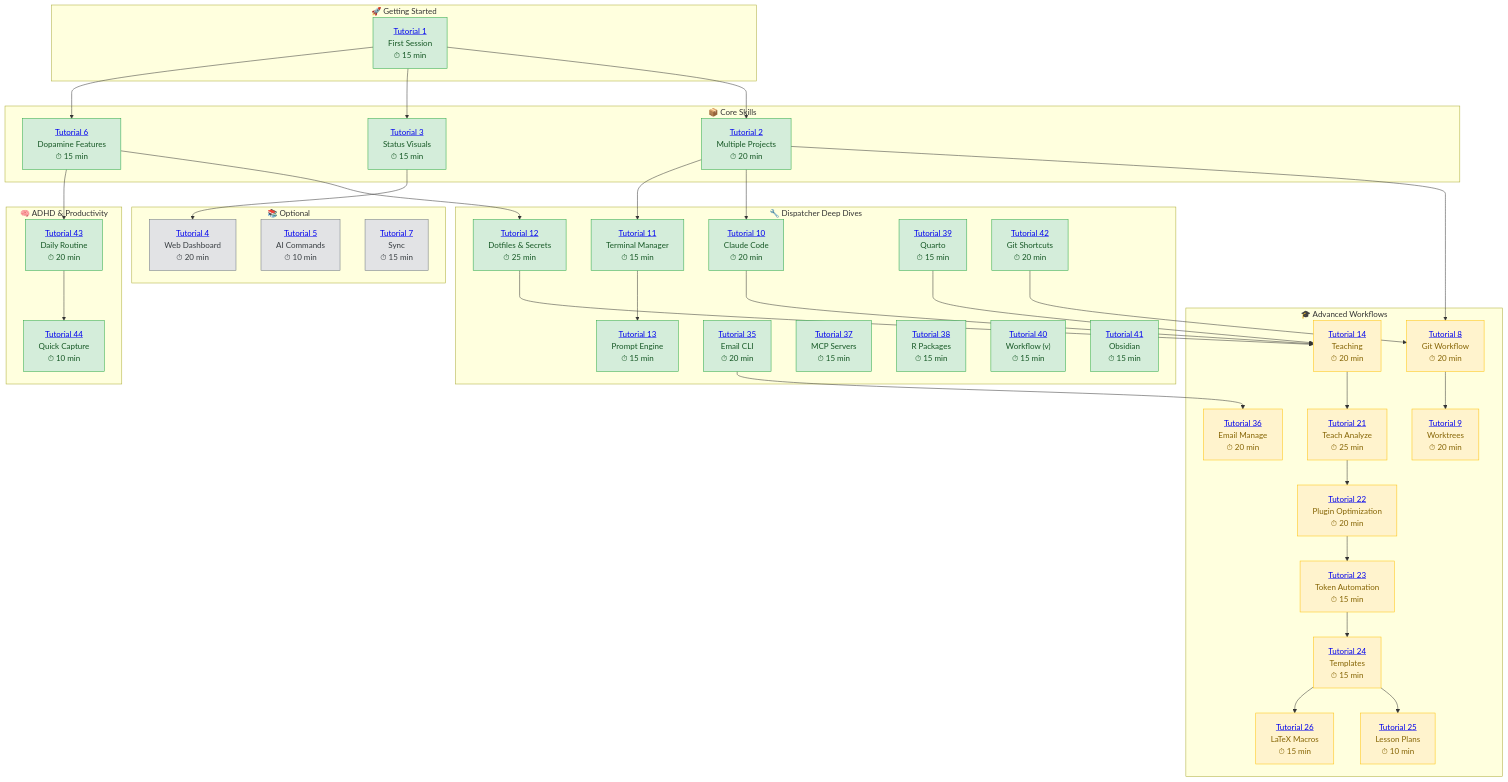
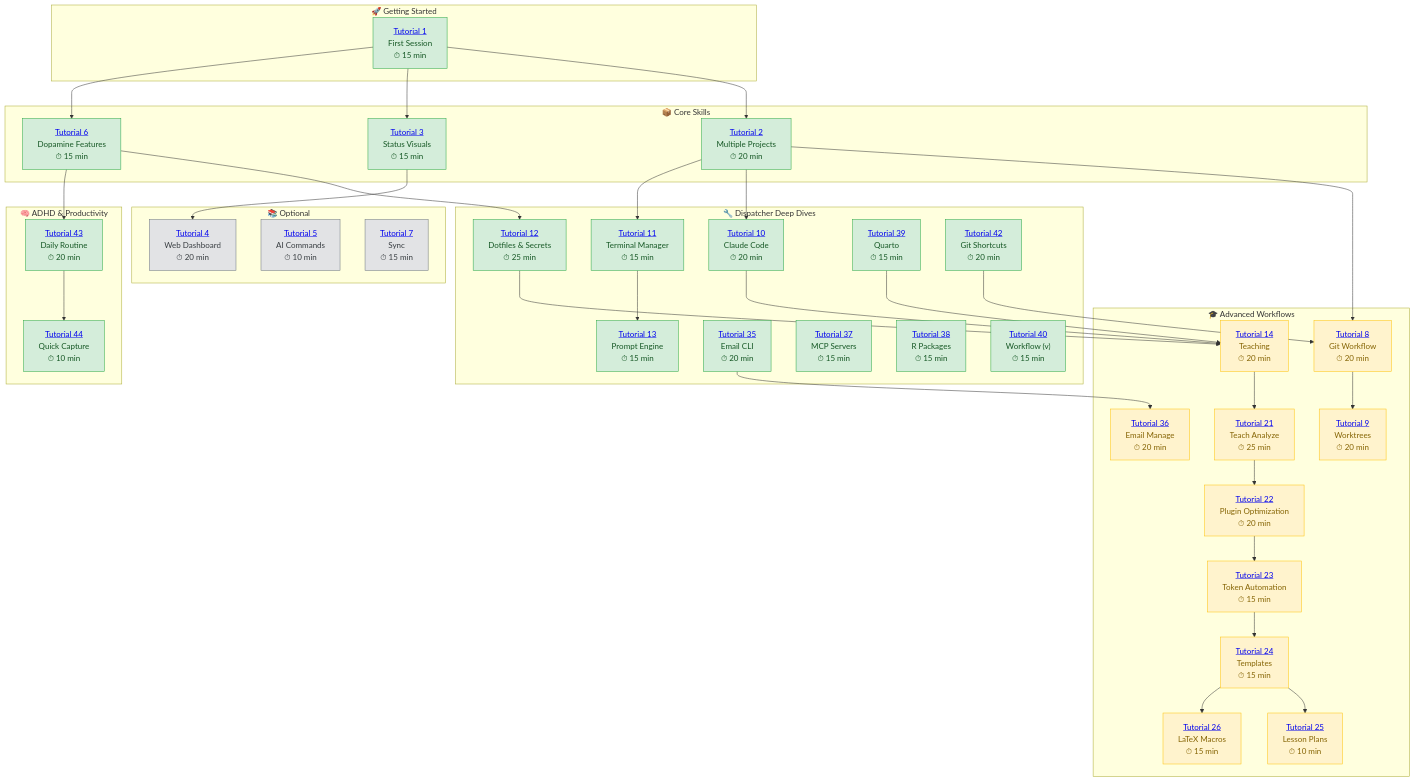
The diagram in docs/tutorials/index.md (Data-Wise/flow-cli), drawn with Mermaid before and after one commit. The commit also changed other lines of this file and 58 other files, not shown here.

First line of the commit message:
fix(obs): remove shadowing dispatcher + binary-precedence guard (Phases 1+2) (#460)

````diff
--- a/docs/tutorials/index.md
+++ b/docs/tutorials/index.md
@@ -37,7 +37,6 @@
         T38["<a href='38-r-dispatcher/'>Tutorial 38</a><br/>R Packages<br/>⏱ 15 min"]
         T39["<a href='39-qu-dispatcher/'>Tutorial 39</a><br/>Quarto<br/>⏱ 15 min"]
         T40["<a href='40-v-dispatcher/'>Tutorial 40</a><br/>Workflow (v)<br/>⏱ 15 min"]
-        T41["<a href='41-obs-dispatcher/'>Tutorial 41</a><br/>Obsidian<br/>⏱ 15 min"]
         T42["<a href='42-g-dispatcher/'>Tutorial 42</a><br/>Git Shortcuts<br/>⏱ 20 min"]
     end
 
@@ -100,7 +99,7 @@
     classDef intermediate fill:#fff3cd,stroke:#ffc107,color:#856404
     classDef optional fill:#e2e3e5,stroke:#6c757d,color:#383d41
 
-    class T1,T2,T3,T6,T10,T11,T12,T13,T35,T37,T38,T39,T40,T41,T42,T43,T44 beginner
+    class T1,T2,T3,T6,T10,T11,T12,T13,T35,T37,T38,T39,T40,T42,T43,T44 beginner
     class T8,T9,T14,T21,T22,T23,T24,T25,T26,T36 intermediate
     class T4,T5,T7 optional
 ```
````
